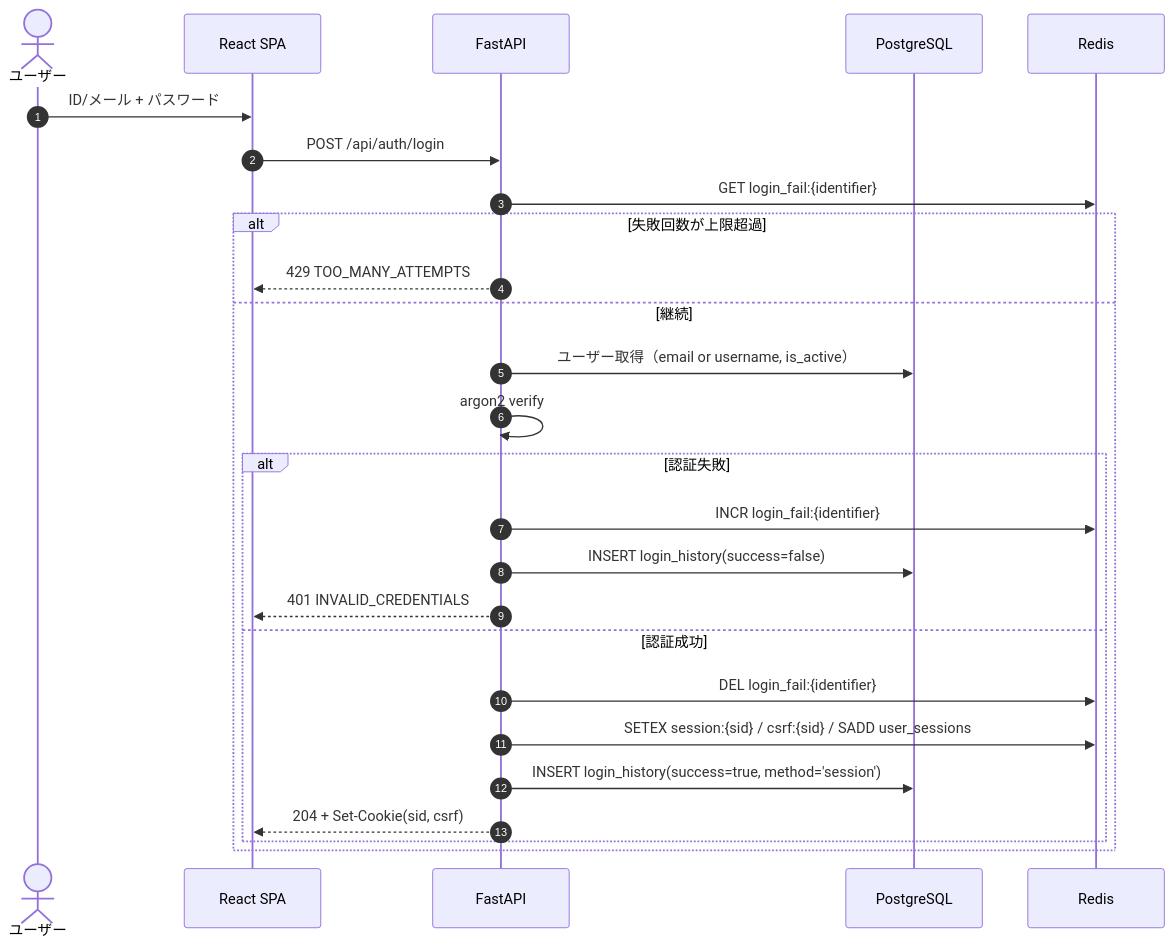
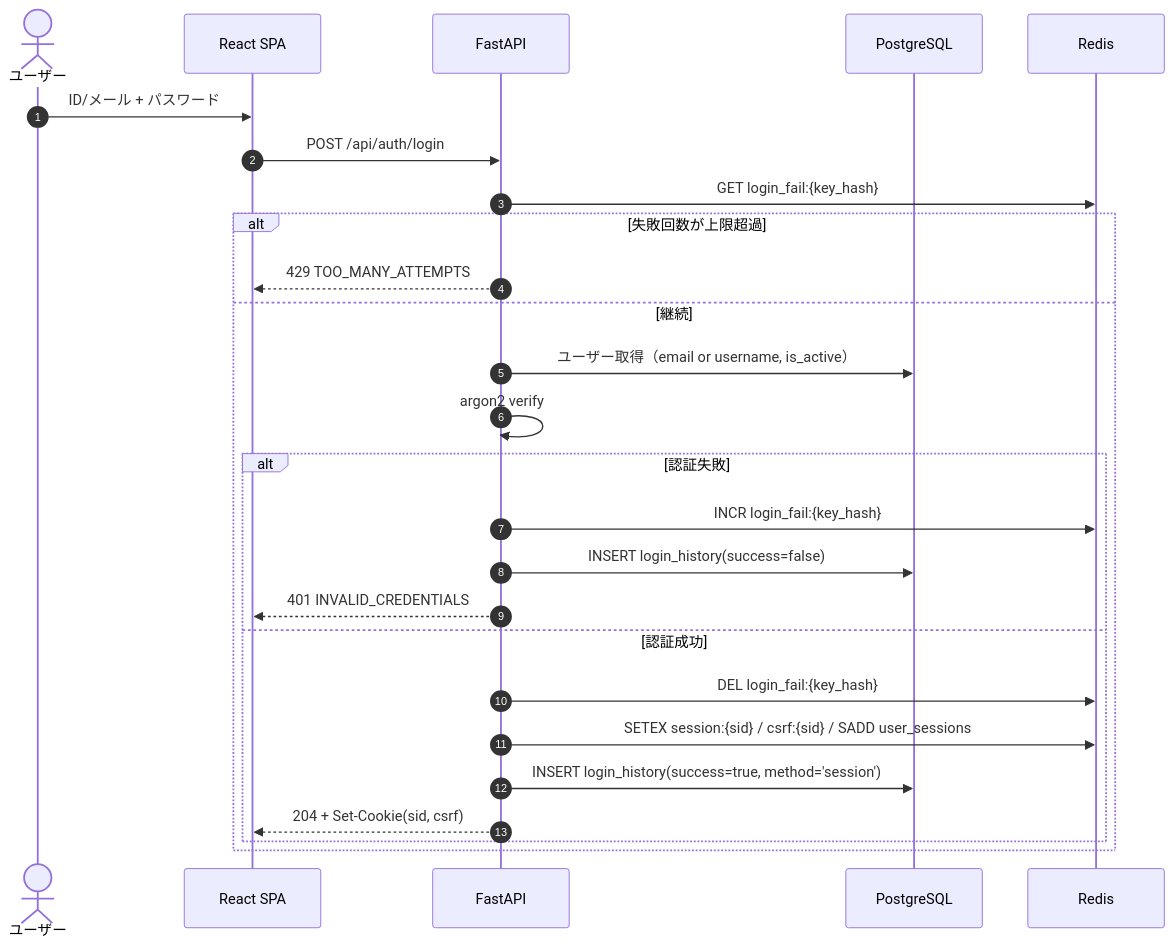
One commit to oikawa-d/task_management changed the third of 10 diagrams in basic_design/03_auth.md. Above: the diagram before and after it, drawn with Mermaid. The commit also changed other lines of this file and 15 other files, not shown here.

````diff
--- a/basic_design/03_auth.md
+++ b/basic_design/03_auth.md
@@ -110,29 +111,29 @@
 ```mermaid
 sequenceDiagram
     autonumber
     actor U as ユーザー
     participant FE as React SPA
     participant API as FastAPI
     participant PG as PostgreSQL
     participant RD as Redis
 
     U->>FE: ID/メール + パスワード
     FE->>API: POST /api/auth/login
-    API->>RD: GET login_fail:{identifier}
+    API->>RD: GET login_fail:{key_hash}
     alt 失敗回数が上限超過
         API-->>FE: 429 TOO_MANY_ATTEMPTS
     else 継続
         API->>PG: ユーザー取得（email or username, is_active）
         API->>API: argon2 verify
         alt 認証失敗
-            API->>RD: INCR login_fail:{identifier}
+            API->>RD: INCR login_fail:{key_hash}
             API->>PG: INSERT login_history(success=false)
             API-->>FE: 401 INVALID_CREDENTIALS
         else 認証成功
-            API->>RD: DEL login_fail:{identifier}
+            API->>RD: DEL login_fail:{key_hash}
             API->>RD: SETEX session:{sid} / csrf:{sid} / SADD user_sessions
             API->>PG: INSERT login_history(success=true, method='session')
             API-->>FE: 204 + Set-Cookie(sid, csrf)
         end
     end
 ```
````
